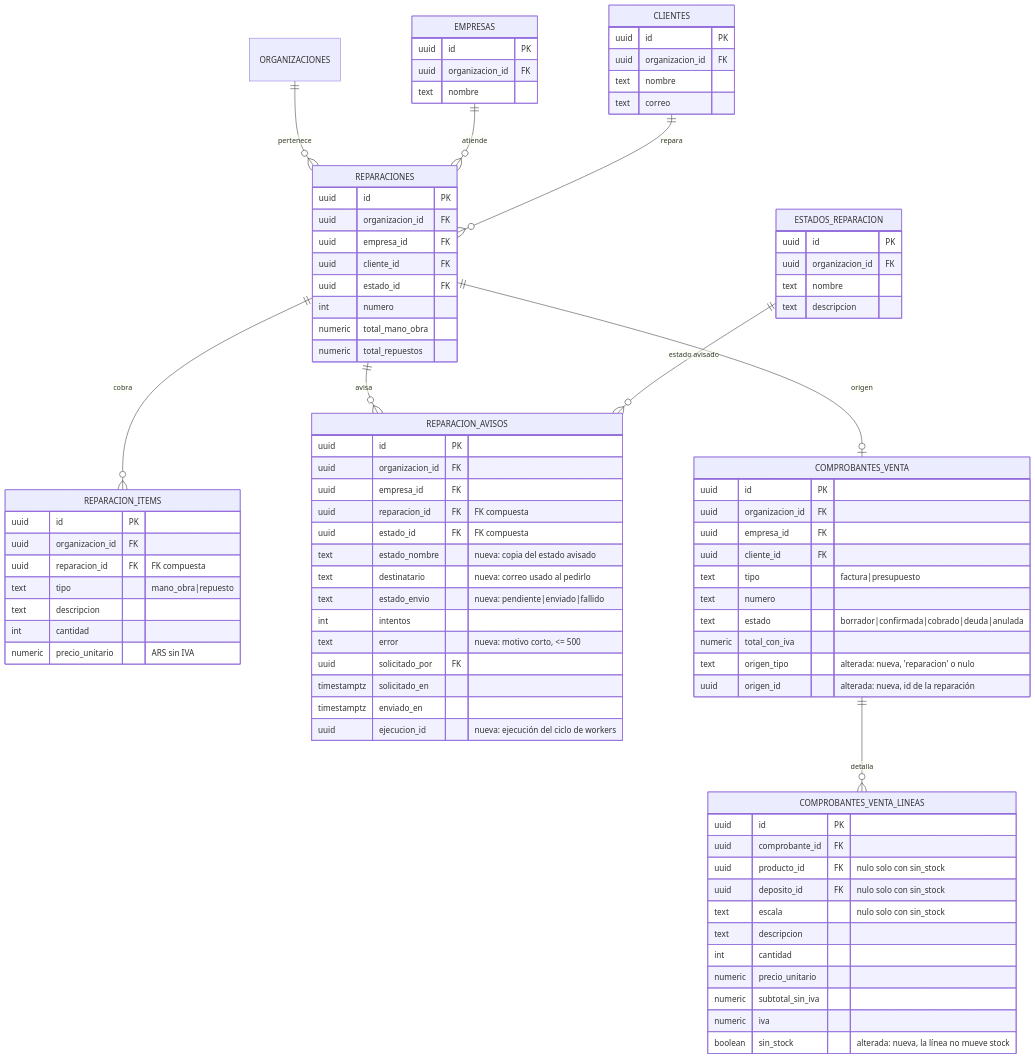
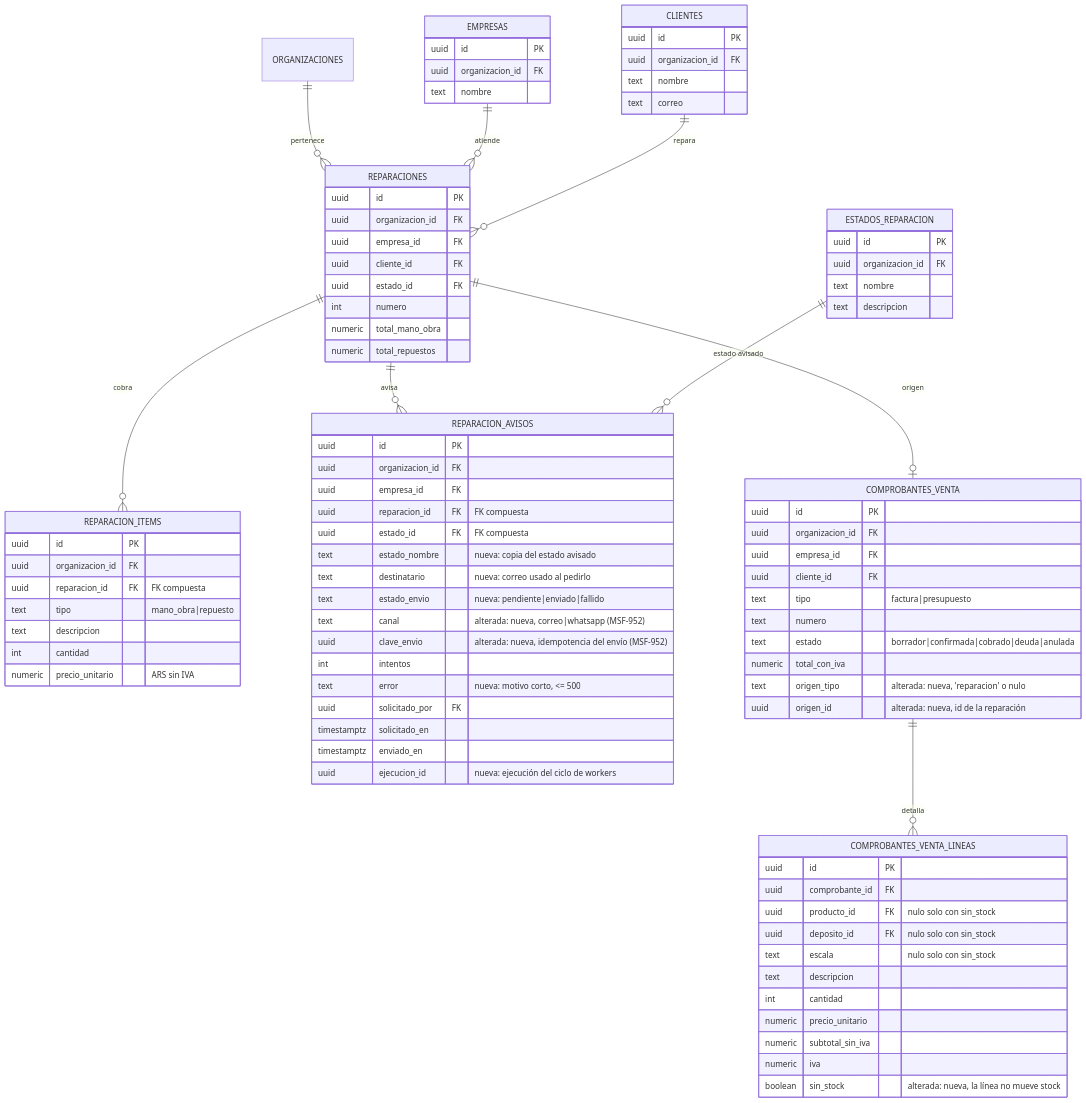
Diagram 20 of 50 in docs/tecnico/datos.md (nicolasjones/multistorefront-meli), drawn with Mermaid before and after one commit. The commit also changed other lines of this file and 5 other files, not shown here.

Commit message:
test(MSF-952): e2e y reportes del aviso por WhatsApp

````diff
--- a/docs/tecnico/datos.md
+++ b/docs/tecnico/datos.md
@@ -1399,73 +1399,75 @@
 ```mermaid
 erDiagram
   ORGANIZACIONES ||--o{ REPARACIONES : "pertenece"
   EMPRESAS ||--o{ REPARACIONES : "atiende"
   CLIENTES ||--o{ REPARACIONES : "repara"
   REPARACIONES ||--o{ REPARACION_ITEMS : "cobra"
   REPARACIONES ||--o{ REPARACION_AVISOS : "avisa"
   ESTADOS_REPARACION ||--o{ REPARACION_AVISOS : "estado avisado"
   REPARACIONES ||--o| COMPROBANTES_VENTA : "origen"
   COMPROBANTES_VENTA ||--o{ COMPROBANTES_VENTA_LINEAS : "detalla"
 
   REPARACIONES { uuid id PK
     uuid organizacion_id FK
     uuid empresa_id FK
     uuid cliente_id FK
     uuid estado_id FK
     int numero
     numeric total_mano_obra
     numeric total_repuestos }
   REPARACION_ITEMS { uuid id PK
     uuid organizacion_id FK
     uuid reparacion_id FK "FK compuesta"
     text tipo "mano_obra|repuesto"
     text descripcion
     int cantidad
     numeric precio_unitario "ARS sin IVA" }
   REPARACION_AVISOS { uuid id PK
     uuid organizacion_id FK
     uuid empresa_id FK
     uuid reparacion_id FK "FK compuesta"
     uuid estado_id FK "FK compuesta"
     text estado_nombre "nueva: copia del estado avisado"
     text destinatario "nueva: correo usado al pedirlo"
     text estado_envio "nueva: pendiente|enviado|fallido"
+    text canal "alterada: nueva, correo|whatsapp (MSF-952)"
+    uuid clave_envio "alterada: nueva, idempotencia del envío (MSF-952)"
     int intentos
     text error "nueva: motivo corto, <= 500"
     uuid solicitado_por FK
     timestamptz solicitado_en
     timestamptz enviado_en
     uuid ejecucion_id "nueva: ejecución del ciclo de workers" }
   COMPROBANTES_VENTA { uuid id PK
     uuid organizacion_id FK
     uuid empresa_id FK
     uuid cliente_id FK
     text tipo "factura|presupuesto"
     text numero
     text estado "borrador|confirmada|cobrado|deuda|anulada"
     numeric total_con_iva
     text origen_tipo "alterada: nueva, 'reparacion' o nulo"
     uuid origen_id "alterada: nueva, id de la reparación" }
   COMPROBANTES_VENTA_LINEAS { uuid id PK
     uuid comprobante_id FK
     uuid producto_id FK "nulo solo con sin_stock"
     uuid deposito_id FK "nulo solo con sin_stock"
     text escala "nulo solo con sin_stock"
     text descripcion
     int cantidad
     numeric precio_unitario
     numeric subtotal_sin_iva
     numeric iva
     boolean sin_stock "alterada: nueva, la línea no mueve stock" }
   ESTADOS_REPARACION { uuid id PK
     uuid organizacion_id FK
     text nombre
     text descripcion }
   CLIENTES { uuid id PK
     uuid organizacion_id FK
     text nombre
     text correo }
   EMPRESAS { uuid id PK
     uuid organizacion_id FK
     text nombre }
 ```
````
